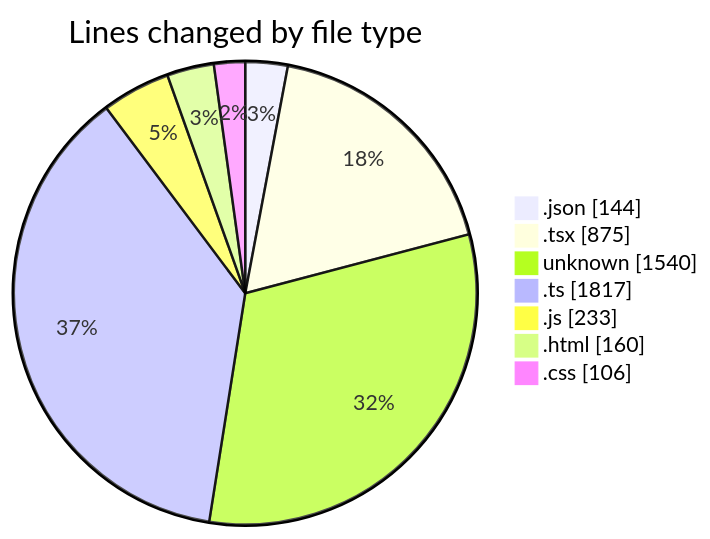
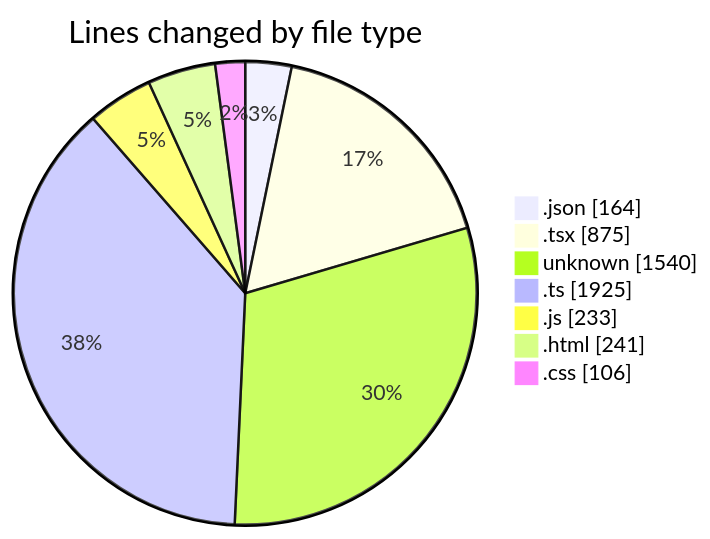
The first of 2 diagrams in 2025-01-03/nextjs-webllm/README.md (ernivani/code-tracking), drawn with Mermaid before and after one commit. The commit also changed other lines of this file and 5 other files, not shown here.

````diff
--- a/2025-01-03/nextjs-webllm/README.md
+++ b/2025-01-03/nextjs-webllm/README.md
@@ -42,11 +44,11 @@
 ```mermaid
 pie showData
 title Lines changed by file type
-".json" : 144
+".json" : 164
 ".tsx" : 875
 "unknown" : 1540
-".ts" : 1817
+".ts" : 1925
 ".js" : 233
-".html" : 160
+".html" : 241
 ".css" : 106
 ```
````
